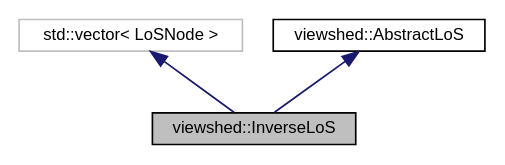
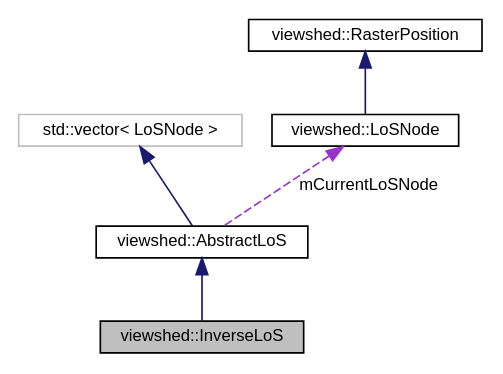
Before and after one commit to JanCaha/cpp-viewshed-library: the diagram in classviewshed_1_1InverseLoS__coll__graph.dot, drawn with Graphviz. The commit also changed 82 other files, not shown here.

```diff
--- a/classviewshed_1_1InverseLoS__coll__graph.dot
+++ b/classviewshed_1_1InverseLoS__coll__graph.dot
@@ -1,11 +1,15 @@
 digraph "viewshed::InverseLoS"
 {
  // LATEX_PDF_SIZE
   edge [fontname="Helvetica",fontsize="10",labelfontname="Helvetica",labelfontsize="10"];
   node [fontname="Helvetica",fontsize="10",shape=record];
   Node1 [label="viewshed::InverseLoS",height=0.2,width=0.4,color="black", fillcolor="grey75", style="filled", fontcolor="black",tooltip="Class that represents InverseLoS, that is LoS used in Inverse Viewshed calculation."];
   Node2 -> Node1 [dir="back",color="midnightblue",fontsize="10",style="solid",fontname="Helvetica"];
-  Node2 [label="std::vector\< LoSNode \>",height=0.2,width=0.4,color="grey75", fillcolor="white", style="filled",tooltip=" "];
-  Node3 -> Node1 [dir="back",color="midnightblue",fontsize="10",style="solid",fontname="Helvetica"];
-  Node3 [label="viewshed::AbstractLoS",height=0.2,width=0.4,color="black", fillcolor="white", style="filled",URL="$classviewshed_1_1AbstractLoS.html",tooltip="Abstract class that represent line-of-sight (LoS). Consists of LoSNodes, view point and target point ..."];
+  Node2 [label="viewshed::AbstractLoS",height=0.2,width=0.4,color="black", fillcolor="white", style="filled",URL="$classviewshed_1_1AbstractLoS.html",tooltip="Abstract class that represent line-of-sight (LoS). Consists of LoSNodes, view point and target point ..."];
+  Node3 -> Node2 [dir="back",color="midnightblue",fontsize="10",style="solid",fontname="Helvetica"];
+  Node3 [label="std::vector\< LoSNode \>",height=0.2,width=0.4,color="grey75", fillcolor="white", style="filled",tooltip=" "];
+  Node4 -> Node2 [dir="back",color="darkorchid3",fontsize="10",style="dashed",label=" mCurrentLoSNode" ,fontname="Helvetica"];
+  Node4 [label="viewshed::LoSNode",height=0.2,width=0.4,color="black", fillcolor="white", style="filled",URL="$classviewshed_1_1LoSNode.html",tooltip="Representation of single cell that creates a point on LoS."];
+  Node5 -> Node4 [dir="back",color="midnightblue",fontsize="10",style="solid",fontname="Helvetica"];
+  Node5 [label="viewshed::RasterPosition",height=0.2,width=0.4,color="black", fillcolor="white", style="filled",URL="$classviewshed_1_1RasterPosition.html",tooltip="Class to represent position on raster in term of row and column."];
 }
```
